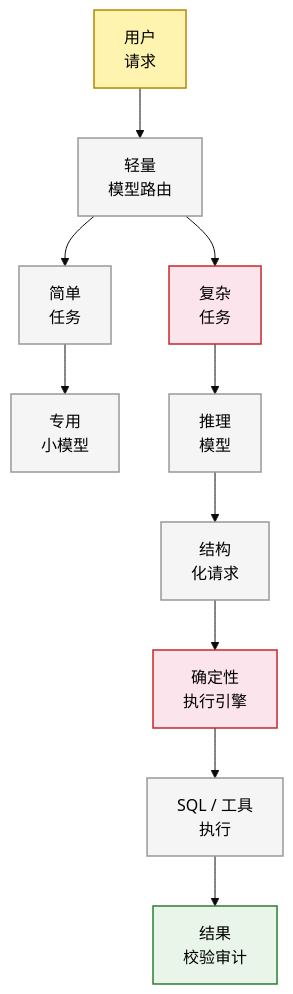
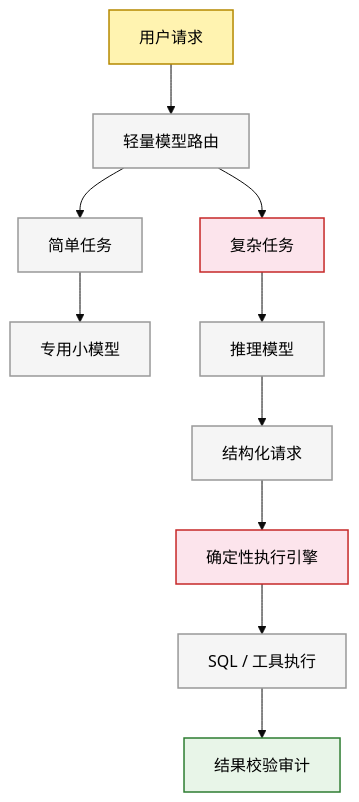
Before and after one commit to BillZong/BillZong.github.io: the sixth of 11 diagrams in source/_posts/bi-evolution-6-ai-native-restructure.md, drawn with Mermaid (base theme). The commit also changed other lines of this file, not shown here.

First line of the commit message:
fix(BI-ch6): remove \n from mermaid labels

```diff
--- a/source/_posts/bi-evolution-6-ai-native-restructure.md
+++ b/source/_posts/bi-evolution-6-ai-native-restructure.md
@@ -297,28 +297,28 @@
 {% mermaid %}
 flowchart TB
     classDef entry fill:#fff3b0,stroke:#b58900,color:#000,stroke-width:1.5px
     classDef decision fill:#fce4ec,stroke:#c62828,color:#000,stroke-width:1.5px
     classDef exit fill:#e8f5e8,stroke:#2e7d32,color:#000,stroke-width:1.5px
     classDef normal fill:#f5f5f5,stroke:#999,color:#000,stroke-width:1.5px
 
-    U["用户\n请求"]:::entry
-    R["轻量\n模型路由"]:::normal
-    Simple["简单\n任务"]:::normal
-    Small["专用\n小模型"]:::normal
-    Complex["复杂\n任务"]:::decision
-    Reason["推理\n模型"]:::normal
-    Plan["结构\n化请求"]:::normal
-    DetEng["确定性\n执行引擎"]:::decision
-    Exec["SQL / 工具\n执行"]:::normal
-    Audit["结果\n校验审计"]:::exit
+    U["用户请求"]:::entry
+    R["轻量模型路由"]:::normal
+    Simple["简单任务"]:::normal
+    Small["专用小模型"]:::normal
+    Complex["复杂任务"]:::decision
+    Reason["推理模型"]:::normal
+    Plan["结构化请求"]:::normal
+    DetEng["确定性执行引擎"]:::decision
+    Exec["SQL / 工具执行"]:::normal
+    Audit["结果校验审计"]:::exit
 
     U --> R
     R --> Simple
     R --> Complex
     Simple --> Small
     Complex --> Reason
     Reason --> Plan
     Plan --> DetEng
     DetEng --> Exec
     Exec --> Audit
 {% endmermaid %}
```
